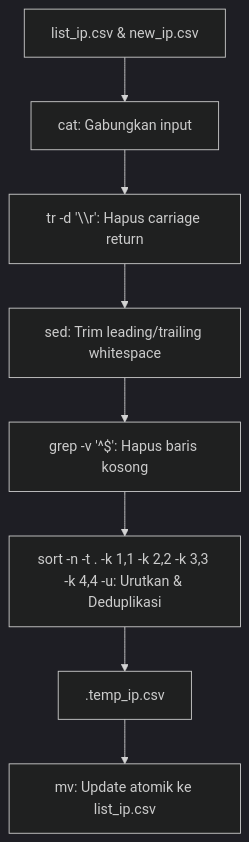
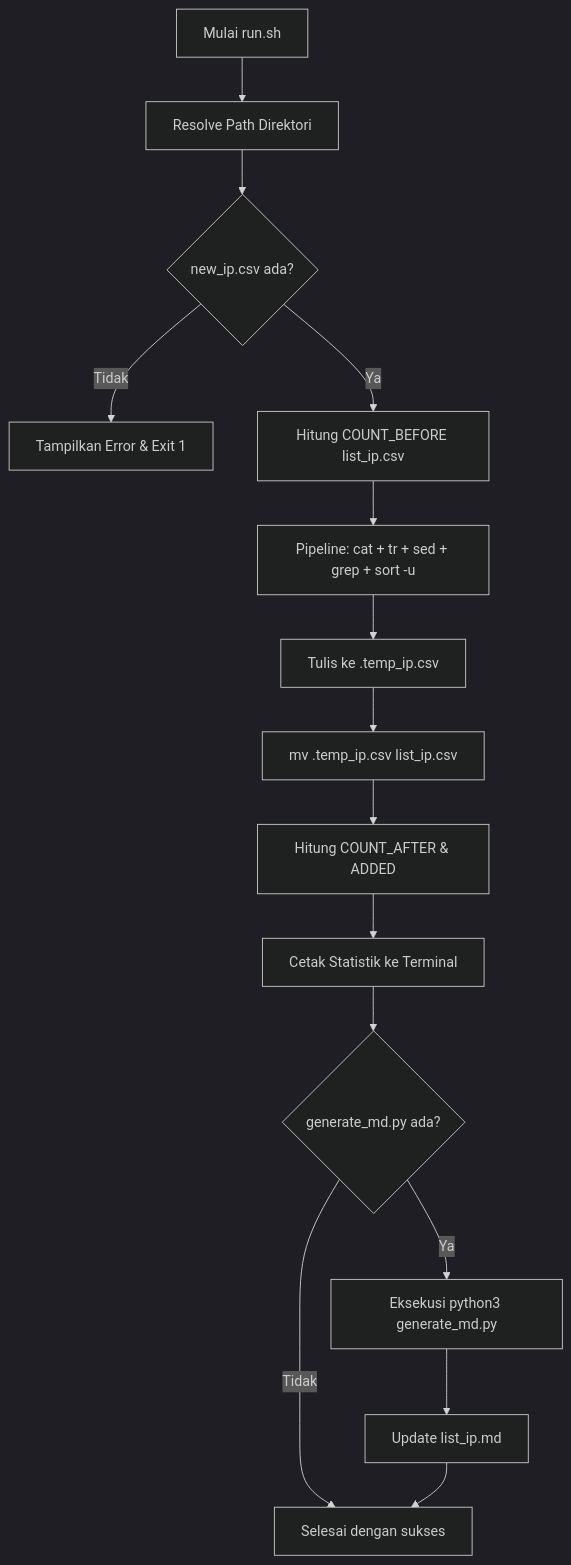
One commit to blawoblowa/blackened changed the diagram in README.md. Above: the diagram before and after it, drawn with Mermaid (dark theme). The commit also changed other lines of this file and 6 other files, not shown here.

````diff
--- a/README.md
+++ b/README.md
@@ -38,10 +82,17 @@
 ```mermaid
 flowchart TD
-    A[list_ip.csv & new_ip.csv] --> B[cat: Gabungkan input]
-    B --> C[tr -d '\\r': Hapus carriage return]
-    C --> D[sed: Trim leading/trailing whitespace]
-    D --> E[grep -v '^$': Hapus baris kosong]
-    E --> F[sort -n -t . -k 1,1 -k 2,2 -k 3,3 -k 4,4 -u: Urutkan & Deduplikasi]
-    F --> G[.temp_ip.csv]
-    G --> H[mv: Update atomik ke list_ip.csv]
+    A[Mulai run.sh] --> B[Resolve Path Direktori]
+    B --> C{new_ip.csv ada?}
+    C -- Tidak --> D[Tampilkan Error & Exit 1]
+    C -- Ya --> E[Hitung COUNT_BEFORE list_ip.csv]
+    E --> F[Pipeline: cat + tr + sed + grep + sort -u]
+    F --> G[Tulis ke .temp_ip.csv]
+    G --> H[mv .temp_ip.csv list_ip.csv]
+    H --> I[Hitung COUNT_AFTER & ADDED]
+    I --> J[Cetak Statistik ke Terminal]
+    J --> K{generate_md.py ada?}
+    K -- Ya --> L[Eksekusi python3 generate_md.py]
+    L --> M[Update list_ip.md]
+    K -- Tidak --> N[Selesai]
+    M --> N[Selesai dengan sukses]
 ```
````
